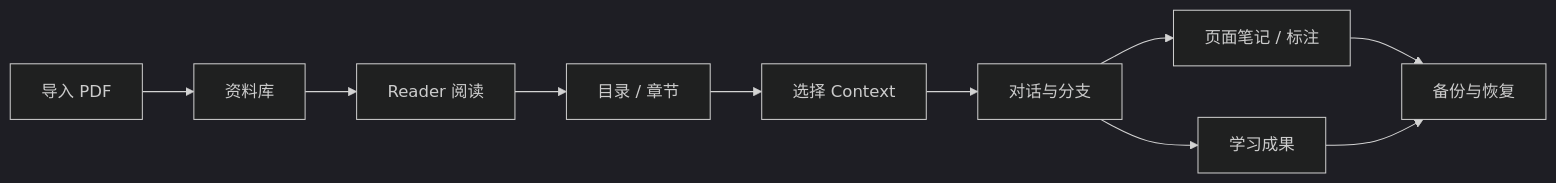
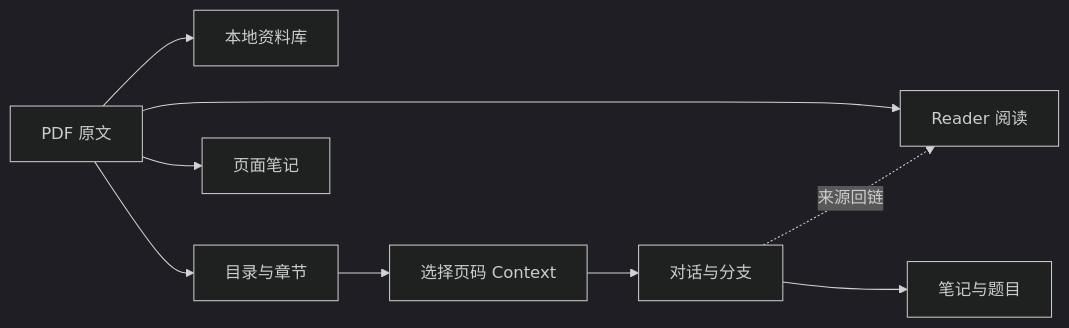
One commit to beichen126/ai-education-reader changed the diagram in README.md. Above: the diagram before and after it, drawn with Mermaid (dark theme). The commit also changed other lines of this file and 18 other files, not shown here.

````diff
--- a/README.md
+++ b/README.md
@@ -69,12 +46,11 @@
 ```mermaid
 flowchart LR
-  A[导入 PDF] --> B[资料库]
-  B --> C[Reader 阅读]
-  C --> D[目录 / 章节]
-  D --> E[选择 Context]
-  E --> F[对话与分支]
-  F --> G[页面笔记 / 标注]
-  F --> H[学习成果]
-  G --> I[备份与恢复]
-  H --> I
+  D[PDF 原文] --> L[本地资料库]
+  D --> R[Reader 阅读]
+  D --> T[目录与章节]
+  D --> N[页面笔记]
+  T --> C[选择页码 Context]
+  C --> M[对话与分支]
+  M --> A[笔记与题目]
+  M -. 来源回链 .-> R
 ```
````
